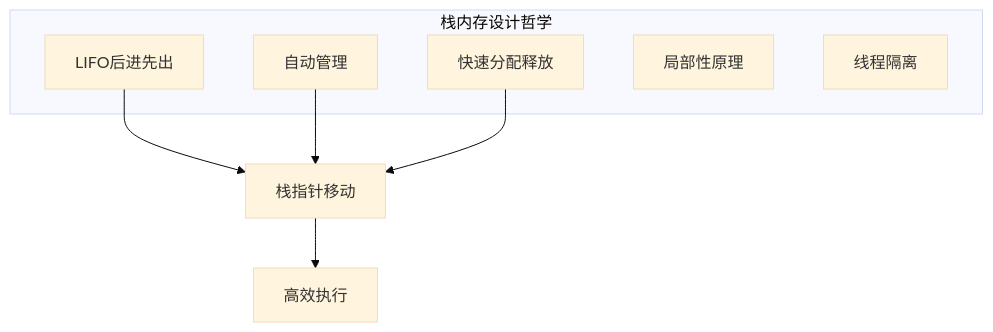
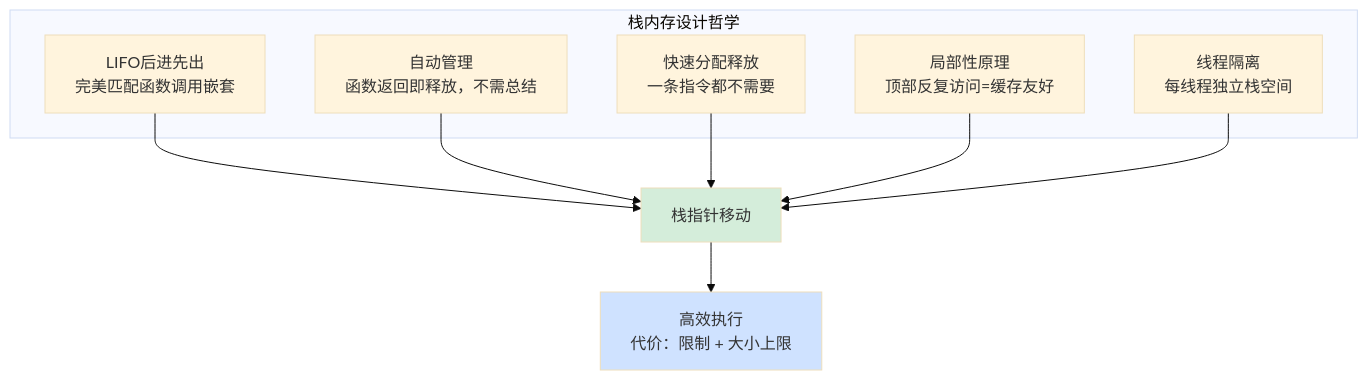
The fourth of 5 diagrams in 00.通用技术的提升/02.程序编程原理/32.堆和栈内存的设计.md (chongyang211/YCBookBlog), drawn with Mermaid (base theme) before and after one commit. The commit also changed other lines of this file and 5 other files, not shown here.

````diff
--- a/00.通用技术的提升/02.程序编程原理/32.堆和栈内存的设计.md
+++ b/00.通用技术的提升/02.程序编程原理/32.堆和栈内存的设计.md
@@ -132,16 +343,20 @@
 ```mermaid
 graph TD
     subgraph "栈内存设计哲学"
-        A1[LIFO后进先出]
-        A2[自动管理]
-        A3[快速分配释放]
-        A4[局部性原理]
-        A5[线程隔离]
+        A1[LIFO后进先出<br/>完美匹配函数调用嵌套]
+        A2[自动管理<br/>函数返回即释放，不需总结]
+        A3[快速分配释放<br/>一条指令都不需要]
+        A4[局部性原理<br/>顶部反复访问=缓存友好]
+        A5[线程隔离<br/>每线程独立栈空间]
     end
 
     A1 --> C[栈指针移动]
     A2 --> C
     A3 --> C
+    A4 --> C
+    A5 --> C
 
-    C --> E[高效执行]
+    C --> E[高效执行<br/>代价：限制 + 大小上限]
+    style C fill:#d4edda
+    style E fill:#cfe2ff
 ```
````
